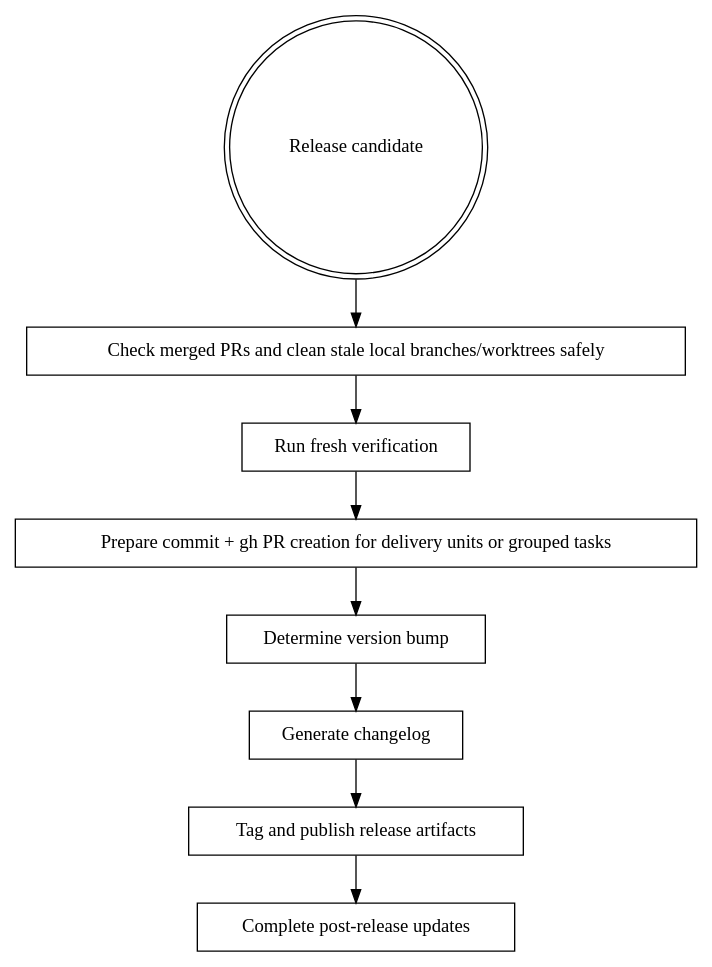
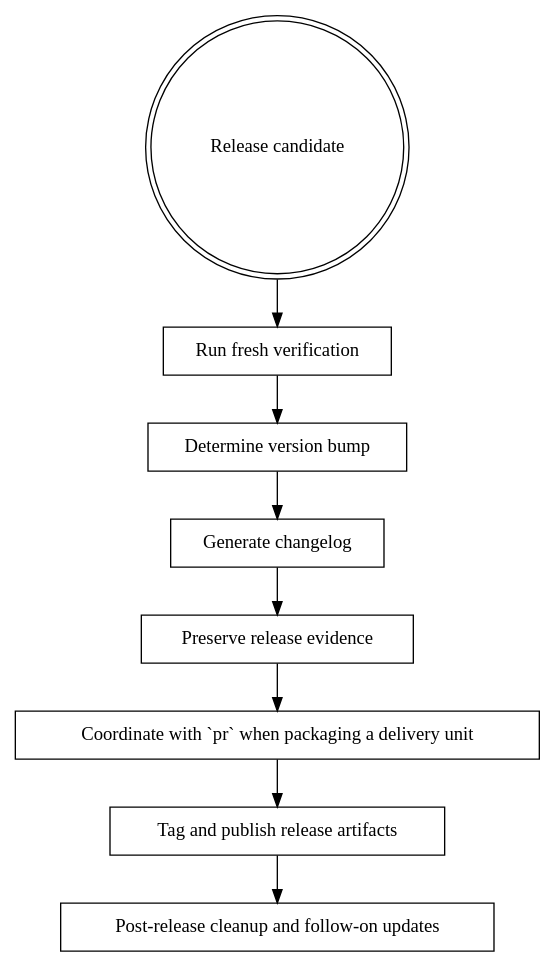
One commit to nhd2106/imitation-machine changed the diagram in skills/release/SKILL.md. Above: the diagram before and after it, drawn with Graphviz. The commit also changed other lines of this file and 55 other files, not shown here.

````diff
--- a/skills/release/SKILL.md
+++ b/skills/release/SKILL.md
@@ -19,20 +20,20 @@
 ```dot
 digraph release_flow {
   "Release candidate" [shape=doublecircle];
-  "Check merged PRs and clean stale local branches/worktrees safely" [shape=box];
   "Run fresh verification" [shape=box];
-  "Prepare commit + gh PR creation for delivery units or grouped tasks" [shape=box];
   "Determine version bump" [shape=box];
   "Generate changelog" [shape=box];
+  "Preserve release evidence" [shape=box];
+  "Coordinate with `pr` when packaging a delivery unit" [shape=box];
   "Tag and publish release artifacts" [shape=box];
-  "Complete post-release updates" [shape=box];
+  "Post-release cleanup and follow-on updates" [shape=box];
 
-  "Release candidate" -> "Check merged PRs and clean stale local branches/worktrees safely";
-  "Check merged PRs and clean stale local branches/worktrees safely" -> "Run fresh verification";
-  "Run fresh verification" -> "Prepare commit + gh PR creation for delivery units or grouped tasks";
-  "Prepare commit + gh PR creation for delivery units or grouped tasks" -> "Determine version bump";
+  "Release candidate" -> "Run fresh verification";
+  "Run fresh verification" -> "Determine version bump";
   "Determine version bump" -> "Generate changelog";
-  "Generate changelog" -> "Tag and publish release artifacts";
-  "Tag and publish release artifacts" -> "Complete post-release updates";
+  "Generate changelog" -> "Preserve release evidence";
+  "Preserve release evidence" -> "Coordinate with `pr` when packaging a delivery unit";
+  "Coordinate with `pr` when packaging a delivery unit" -> "Tag and publish release artifacts";
+  "Tag and publish release artifacts" -> "Post-release cleanup and follow-on updates";
 }
 ```
````
